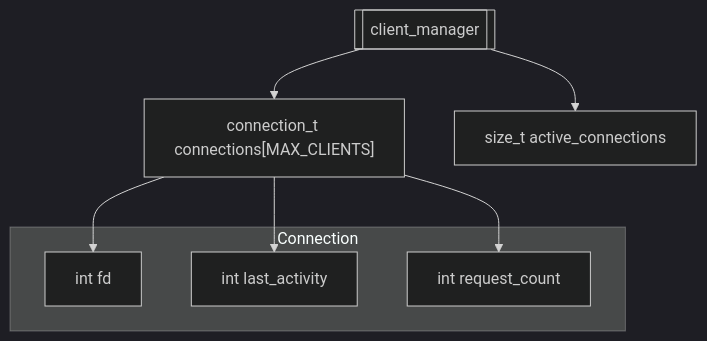
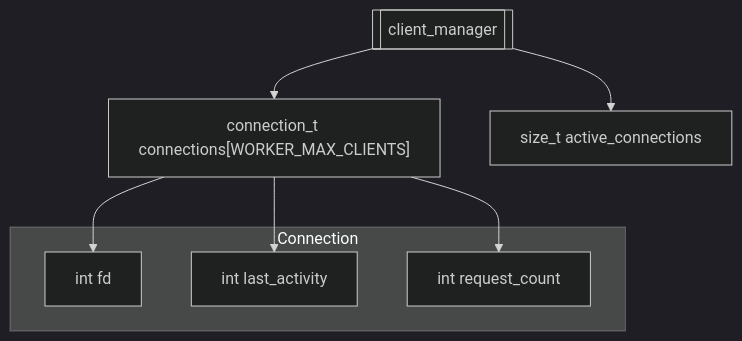
One commit to RomanHorshkov/HomeServer changed the sixth of 11 diagrams in README.md. Above: the diagram before and after it, drawn with Mermaid (dark theme). The commit also changed other lines of this file and 30 other files, not shown here.

````diff
--- a/README.md
+++ b/README.md
@@ -500,17 +500,17 @@
 ```mermaid
 flowchart TD
     cm[[client_manager]]
 
-    cm --> connections["connection_t connections[MAX_CLIENTS]"]
+    cm --> connections["connection_t connections[WORKER_MAX_CLIENTS]"]
     cm --> count["size_t active_connections"]
 
     subgraph Connection
         fd["int fd"]
         activity["int last_activity"]
         requests["int request_count"]
     end
 
     connections --> fd
     connections --> activity
     connections --> requests
 ```
````
